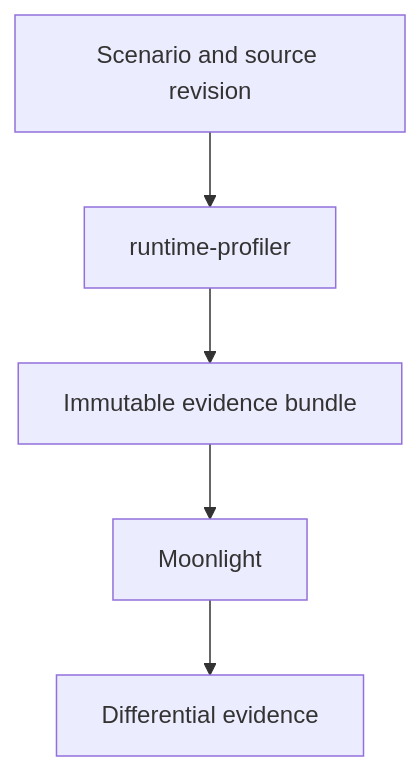
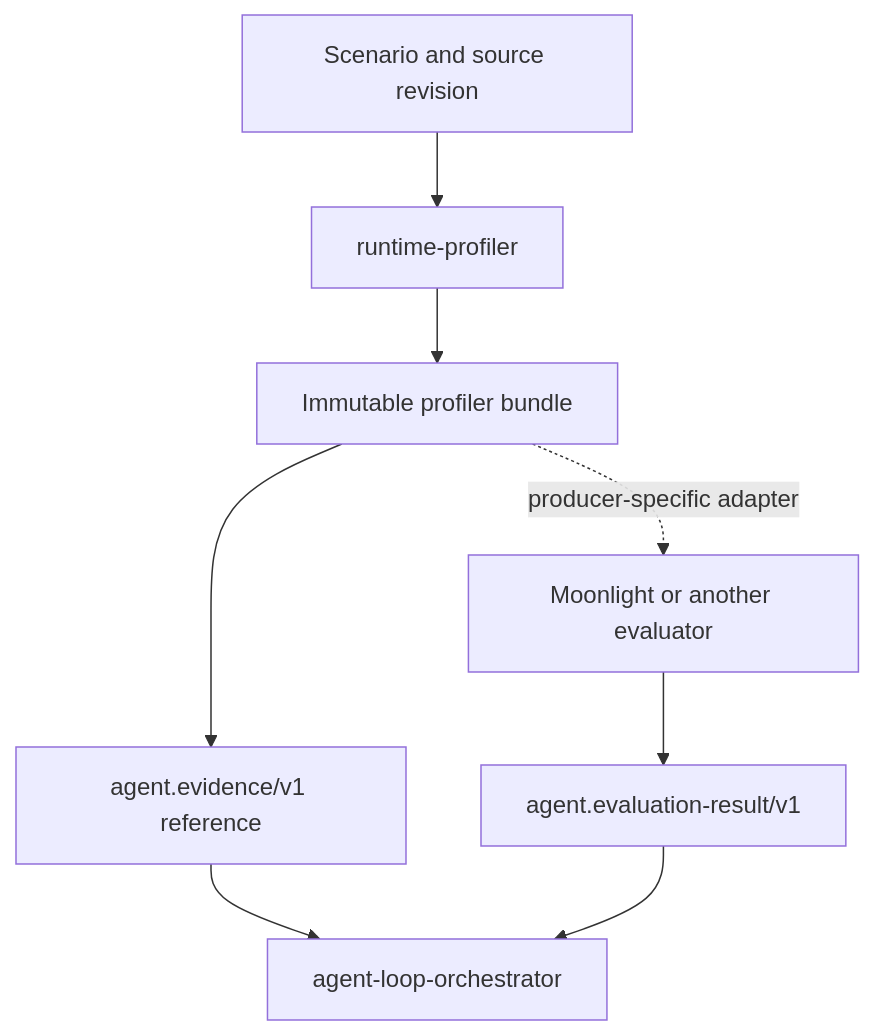
Before and after one commit to moritzbrantner/runtime-profiler: the diagram in docs/architecture.md, drawn with Mermaid. The commit also changed other lines of this file, not shown here.

Commit message:
Route profiler evidence through neutral landscape boundary

````diff
--- a/docs/architecture.md
+++ b/docs/architecture.md
@@ -9,7 +9,10 @@
 ```mermaid
 flowchart TD
     A["Scenario and source revision"] --> B["runtime-profiler"]
-    B --> C["Immutable evidence bundle"]
-    C --> D["Moonlight"]
-    D --> E["Differential evidence"]
+    B --> C["Immutable profiler bundle"]
+    C --> D["agent.evidence/v1 reference"]
+    D --> E["agent-loop-orchestrator"]
+    C -. "producer-specific adapter" .-> F["Moonlight or another evaluator"]
+    F --> G["agent.evaluation-result/v1"]
+    G --> E
 ```
````
